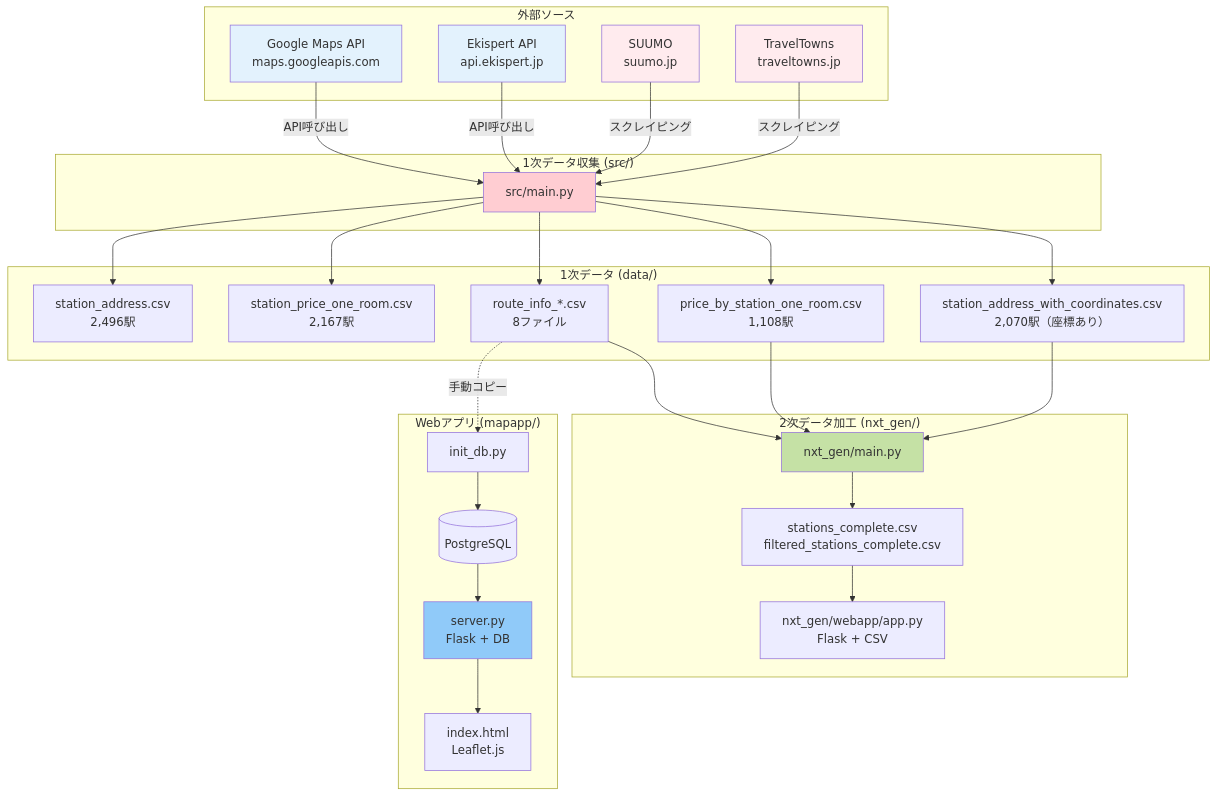
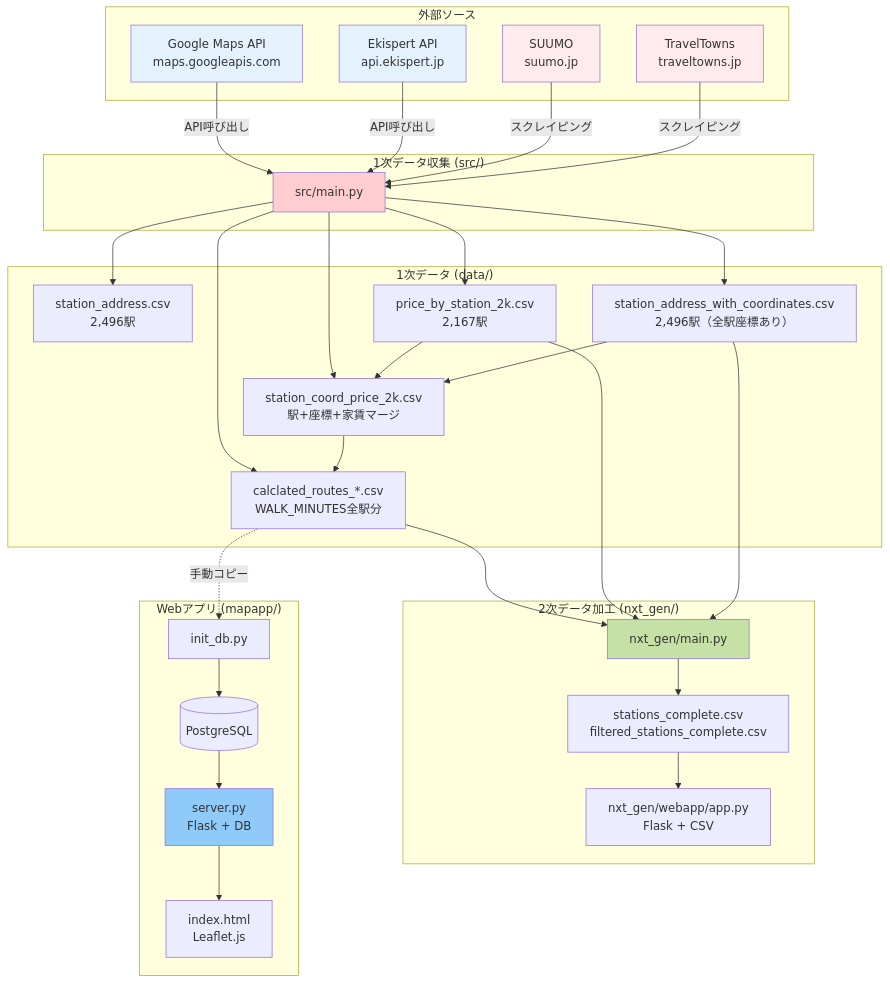
Before and after one commit to masa350z/stationscraper: the fifth of 5 diagrams in PROJECT_OVERVIEW.md, drawn with Mermaid. The commit also changed other lines of this file and 37 other files, not shown here.

````diff
--- a/PROJECT_OVERVIEW.md
+++ b/PROJECT_OVERVIEW.md
@@ -504,65 +557,68 @@
 ```mermaid
 flowchart TB
     subgraph "外部ソース"
         WEB1[TravelTowns<br/>traveltowns.jp]
         WEB2[SUUMO<br/>suumo.jp]
         API1[Ekispert API<br/>api.ekispert.jp]
         API2[Google Maps API<br/>maps.googleapis.com]
     end
 
     subgraph "1次データ収集 (src/)"
         SRC_MAIN[src/main.py]
     end
 
     subgraph "1次データ (data/)"
         CSV1[station_address.csv<br/>2,496駅]
-        CSV2[station_price_one_room.csv<br/>2,167駅]
-        CSV3[price_by_station_one_room.csv<br/>1,108駅]
-        CSV4[route_info_*.csv<br/>8ファイル]
-        CSV5[station_address_with_coordinates.csv<br/>2,070駅（座標あり）]
+        CSV2[price_by_station_2k.csv<br/>2,167駅]
+        CSV3[station_coord_price_2k.csv<br/>駅+座標+家賃マージ]
+        CSV4[calclated_routes_*.csv<br/>WALK_MINUTES全駅分]
+        CSV5[station_address_with_coordinates.csv<br/>2,496駅（全駅座標あり）]
     end
 
     subgraph "2次データ加工 (nxt_gen/)"
         NXT_MAIN[nxt_gen/main.py]
         NXT_DATA[stations_complete.csv<br/>filtered_stations_complete.csv]
         NXT_APP[nxt_gen/webapp/app.py<br/>Flask + CSV]
     end
 
     subgraph "Webアプリ (mapapp/)"
         MAP_INIT[init_db.py]
         MAP_DB[(PostgreSQL)]
         MAP_APP[server.py<br/>Flask + DB]
         MAP_FRONT[index.html<br/>Leaflet.js]
     end
 
     WEB1 -->|スクレイピング| SRC_MAIN
     WEB2 -->|スクレイピング| SRC_MAIN
     API1 -->|API呼び出し| SRC_MAIN
     API2 -->|API呼び出し| SRC_MAIN
 
     SRC_MAIN --> CSV1
     SRC_MAIN --> CSV2
+    SRC_MAIN --> CSV5
+    CSV5 --> CSV3
+    CSV2 --> CSV3
     SRC_MAIN --> CSV3
+    CSV3 --> CSV4
     SRC_MAIN --> CSV4
-    SRC_MAIN --> CSV5
 
     CSV5 --> NXT_MAIN
-    CSV3 --> NXT_MAIN
+    CSV2 --> NXT_MAIN
     CSV4 --> NXT_MAIN
 
     NXT_MAIN --> NXT_DATA
     NXT_DATA --> NXT_APP
 
     CSV4 -.手動コピー.-> MAP_INIT
     MAP_INIT --> MAP_DB
     MAP_DB --> MAP_APP
     MAP_APP --> MAP_FRONT
 
     style WEB1 fill:#ffebee
     style WEB2 fill:#ffebee
     style API1 fill:#e3f2fd
     style API2 fill:#e3f2fd
     style SRC_MAIN fill:#ffcdd2
     style NXT_MAIN fill:#c5e1a5
     style MAP_APP fill:#90caf9
 ```
````
